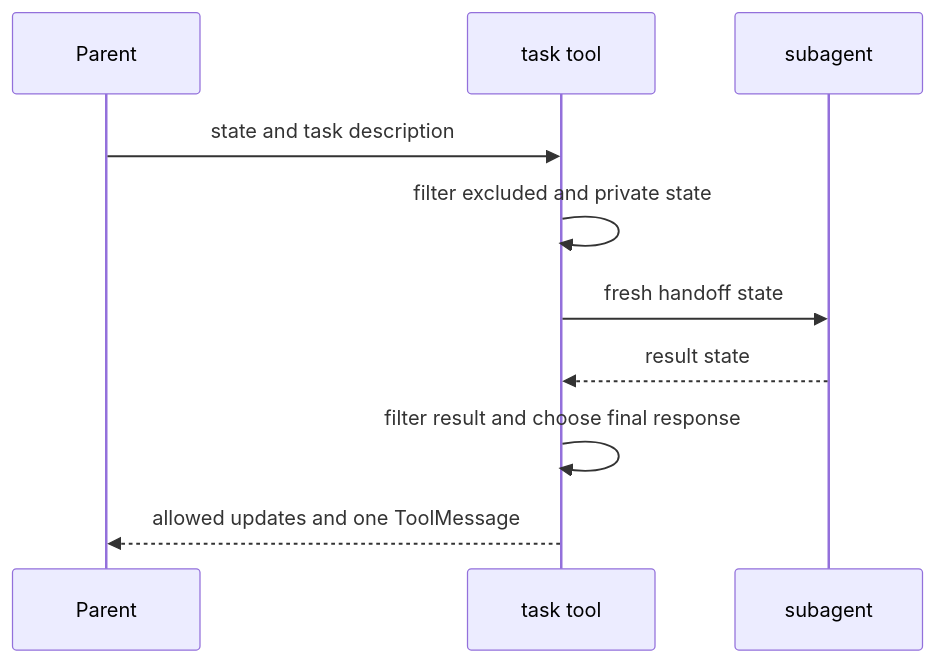
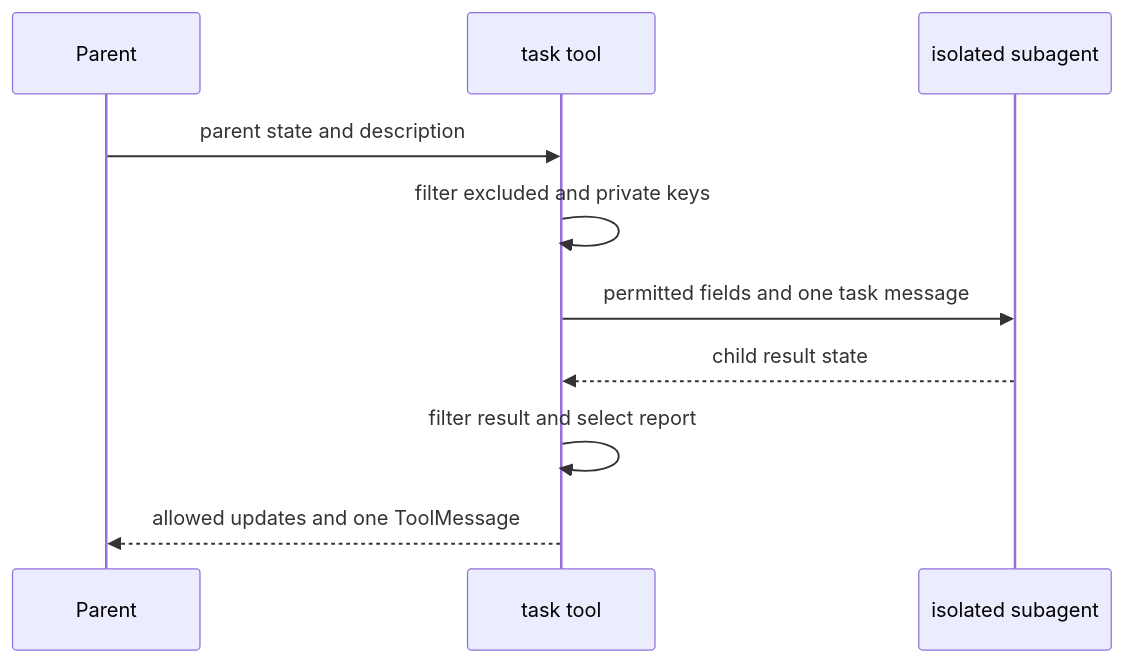
One commit to langchain-ai/deepagents changed the third of 4 diagrams in openwiki/concepts/state-persistence.md. Above: the diagram before and after it, drawn with Mermaid. The commit also changed other lines of this file and 14 other files, not shown here.

````diff
--- a/openwiki/concepts/state-persistence.md
+++ b/openwiki/concepts/state-persistence.md
@@ -117,12 +123,12 @@
 ```mermaid
 sequenceDiagram
     participant Parent
     participant Task as task tool
-    participant Child as subagent
-    Parent->>Task: state and task description
-    Task->>Task: filter excluded and private state
-    Task->>Child: fresh handoff state
-    Child-->>Task: result state
-    Task->>Task: filter result and choose final response
+    participant Child as isolated subagent
+    Parent->>Task: parent state and description
+    Task->>Task: filter excluded and private keys
+    Task->>Child: permitted fields and one task message
+    Child-->>Task: child result state
+    Task->>Task: filter result and select report
     Task-->>Parent: allowed updates and one ToolMessage
 ```
````
